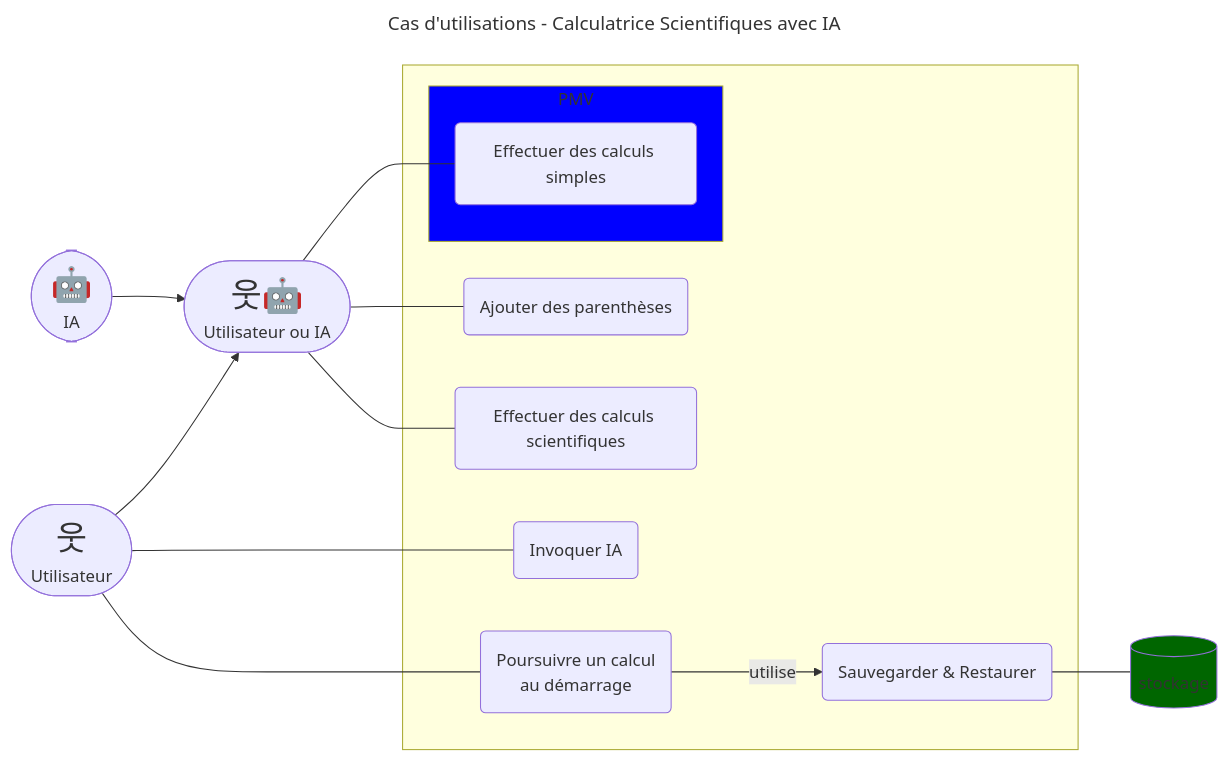
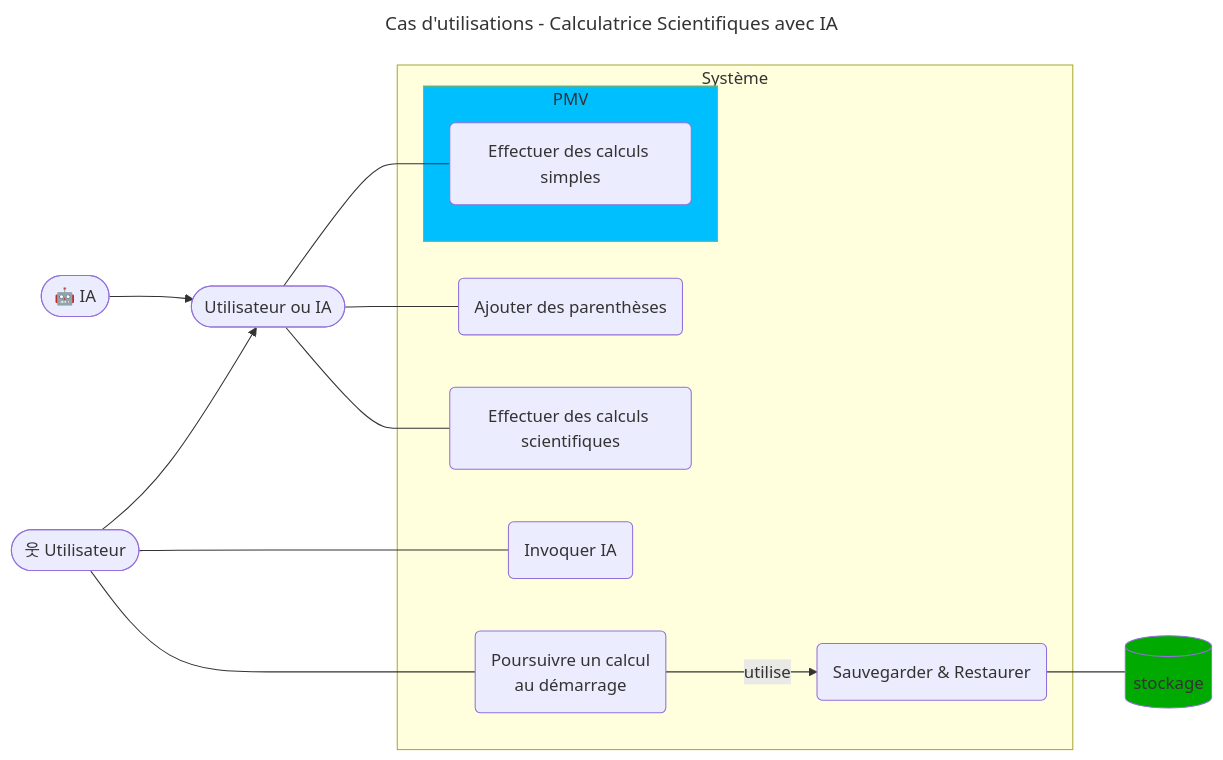
The second of 3 diagrams in documentation/cas-d-utilisation.md (frederickjeanguerin/Cours_6M5_Projet_Guide), drawn with Mermaid before and after one commit. The commit also changed other lines of this file, not shown here.

````diff
--- a/documentation/cas-d-utilisation.md
+++ b/documentation/cas-d-utilisation.md
@@ -82,39 +82,39 @@
 ```mermaid
 ---
 title: Cas d'utilisations - Calculatrice Scientifiques avec IA
 ---
 flowchart LR
-    user(["<span style='font-size:200%'>웃</span><br> Utilisateur"])
+    user(["웃 Utilisateur"])
     stockage[(stockage)]
-    IA(["<span style='font-size:200%'>🤖</span><br> IA"])
-    UouIA(["<span style='font-size:200%'>웃🤖</span><br>Utilisateur ou IA"])
+    IA(["🤖 IA"])
+    UouIA(["Utilisateur ou IA"])
 
     %% liens entre les acteurs
     IA --> UouIA
     user --> UouIA
     
-    subgraph système ["&nbsp;"]
+    subgraph Système
         subgraph PMV
             arithmétique-de-base(Effectuer des calculs simples)
         end
         
         invoquer-ia(Invoquer IA)
         arithmétique-scientifique(Effectuer des calculs scientifiques)
         parenthèses(Ajouter des parenthèses)
         
         poursuivre("Poursuivre un calcul<br>au démarrage")
         rémanence(Sauvegarder & Restaurer)
         poursuivre -->|utilise| rémanence
     end
     
     UouIA --- arithmétique-de-base
     UouIA --- parenthèses & arithmétique-scientifique
     rémanence --- stockage
     
     %% liens plus longs pour équilibrer le diagramme
     user ---- invoquer-ia
     user ---- poursuivre
 
-    style PMV fill:blue
-    style stockage fill:#060
+    style PMV fill:deepskyblue
+    style stockage fill:#0A0
 ```
````
